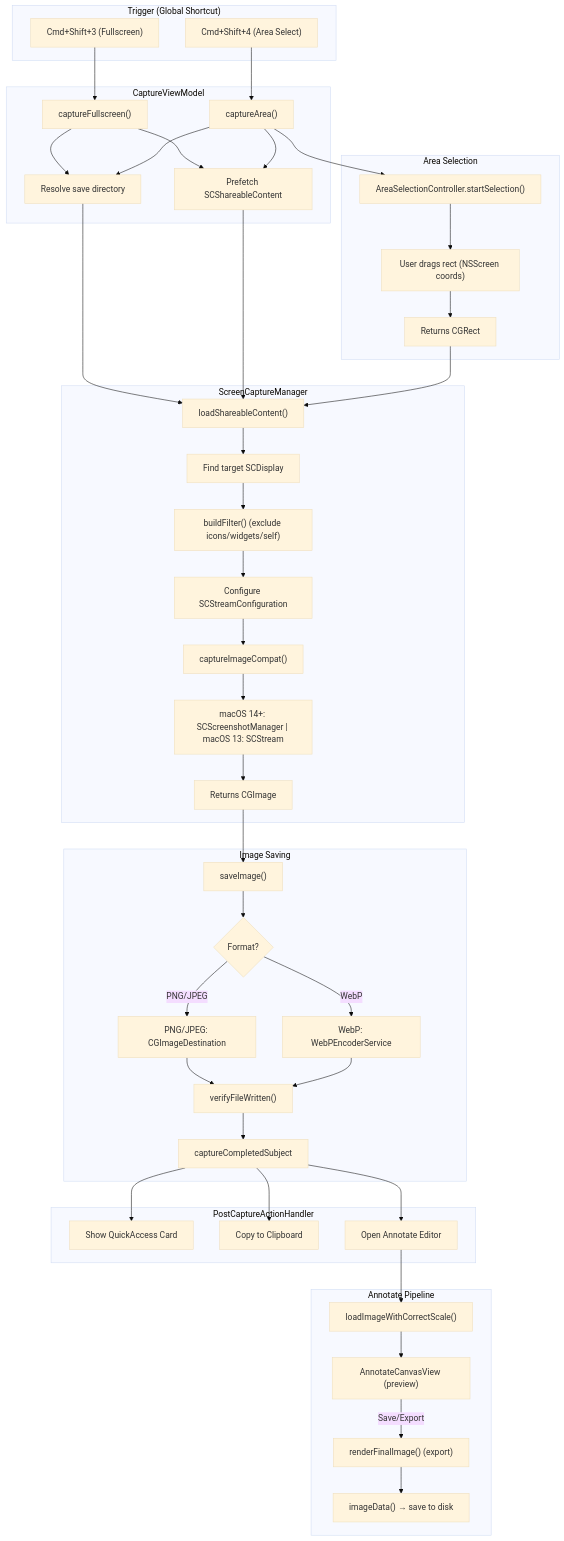
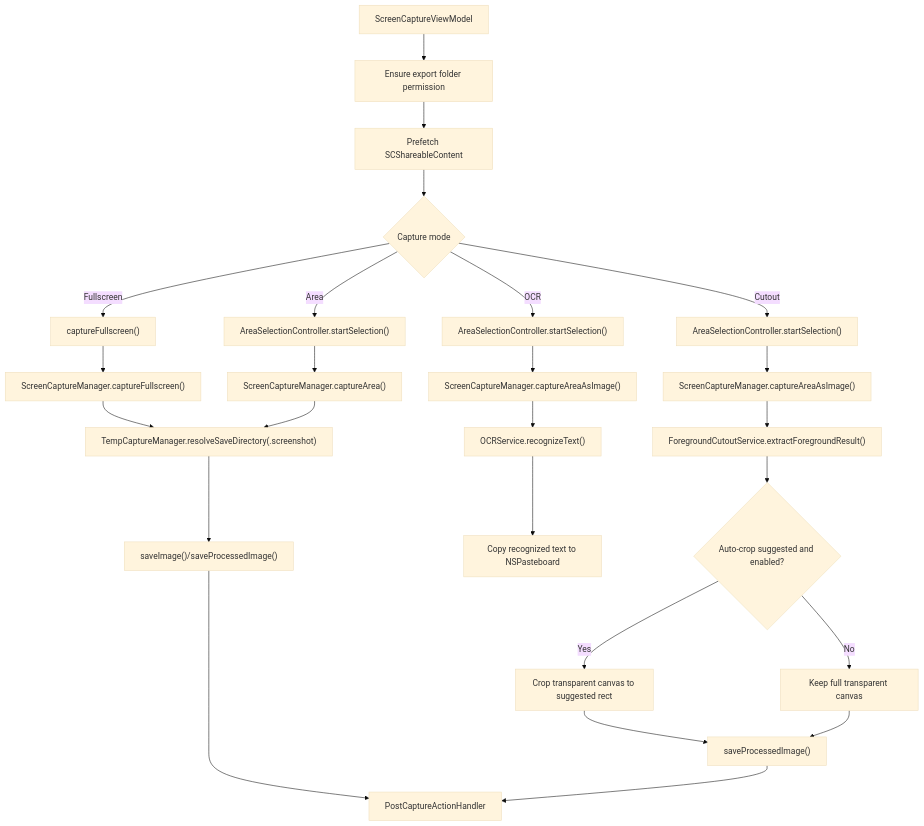
Before and after one commit to duongductrong/Snapzy: the second of 7 diagrams in docs/capture-flow.md, drawn with Mermaid (base theme). The commit also changed other lines of this file and 3 other files, not shown here.

````diff
--- a/docs/capture-flow.md
+++ b/docs/capture-flow.md
@@ -7,67 +41,32 @@
 ```mermaid
 flowchart TD
-    subgraph Trigger["Trigger (Global Shortcut)"]
-        A1["Cmd+Shift+3 (Fullscreen)"]
-        A2["Cmd+Shift+4 (Area Select)"]
-    end
+    A["ScreenCaptureViewModel"] --> B["Ensure export folder permission"]
+    B --> C["Prefetch SCShareableContent"]
+    C --> D{"Capture mode"}
 
-    subgraph VM["CaptureViewModel"]
-        B1["captureFullscreen()"]
-        B2["captureArea()"]
-        B3["Resolve save directory"]
-        B4["Prefetch SCShareableContent"]
-    end
+    D -->|Fullscreen| E["captureFullscreen()"]
+    D -->|Area| F["AreaSelectionController.startSelection()"]
+    D -->|OCR| G["AreaSelectionController.startSelection()"]
+    D -->|Cutout| H["AreaSelectionController.startSelection()"]
 
-    subgraph Selection["Area Selection"]
-        C1["AreaSelectionController.startSelection()"]
-        C2["User drags rect (NSScreen coords)"]
-        C3["Returns CGRect"]
-    end
+    E --> I["ScreenCaptureManager.captureFullscreen()"]
+    F --> J["ScreenCaptureManager.captureArea()"]
+    G --> K["ScreenCaptureManager.captureAreaAsImage()"]
+    H --> L["ScreenCaptureManager.captureAreaAsImage()"]
 
-    subgraph Engine["ScreenCaptureManager"]
-        D1["loadShareableContent()"]
-        D2["Find target SCDisplay"]
-        D3["buildFilter() (exclude icons/widgets/self)"]
-        D4["Configure SCStreamConfiguration"]
-        D5["captureImageCompat()"]
-        D6["macOS 14+: SCScreenshotManager | macOS 13: SCStream"]
-        D7["Returns CGImage"]
-    end
+    I --> M["TempCaptureManager.resolveSaveDirectory(.screenshot)"]
+    J --> M
+    M --> N["saveImage()/saveProcessedImage()"]
+    N --> O["PostCaptureActionHandler"]
 
-    subgraph Save["Image Saving"]
-        F1["saveImage()"]
-        F2{"Format?"}
-        F3["PNG/JPEG: CGImageDestination"]
-        F4["WebP: WebPEncoderService"]
-        F5["verifyFileWritten()"]
-        F6["captureCompletedSubject"]
-    end
+    K --> P["OCRService.recognizeText()"]
+    P --> Q["Copy recognized text to NSPasteboard"]
 
-    subgraph Post["PostCaptureActionHandler"]
-        G1["Show QuickAccess Card"]
-        G2["Copy to Clipboard"]
-        G3["Open Annotate Editor"]
-    end
-
-    subgraph Annotate["Annotate Pipeline"]
-        H1["loadImageWithCorrectScale()"]
-        H2["AnnotateCanvasView (preview)"]
-        H3["renderFinalImage() (export)"]
-        H4["imageData() → save to disk"]
-    end
-
-    A1 --> B1
-    A2 --> B2 --> C1 --> C2 --> C3
-
-    B1 & B2 --> B3 & B4 --> D1
-    C3 --> D1
-
-    D1 --> D2 --> D3 --> D4 --> D5 --> D6 --> D7
-    D7 --> F1 --> F2
-    F2 -->|PNG/JPEG| F3
-    F2 -->|WebP| F4
-    F3 & F4 --> F5 --> F6
-
-    F6 --> G1 & G2 & G3
-    G3 --> H1 --> H2 -->|Save/Export| H3 --> H4
+    L --> R["ForegroundCutoutService.extractForegroundResult()"]
+    R --> S{"Auto-crop suggested and enabled?"}
+    S -->|Yes| T["Crop transparent canvas to suggested rect"]
+    S -->|No| U["Keep full transparent canvas"]
+    T --> V["saveProcessedImage()"]
+    U --> V
+    V --> O
 ```
````
